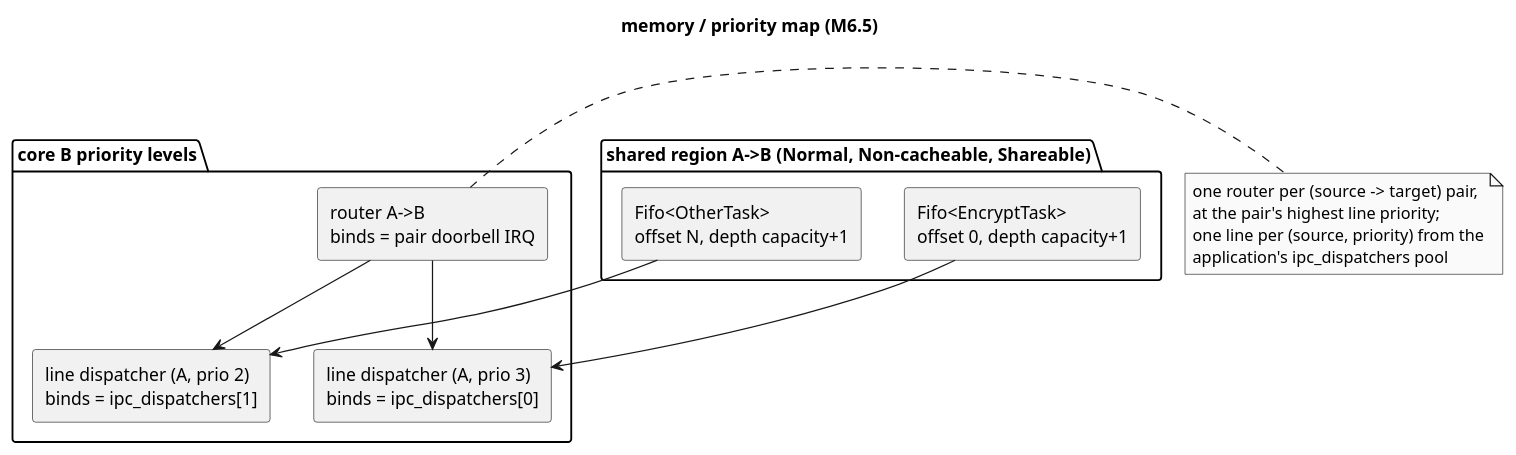
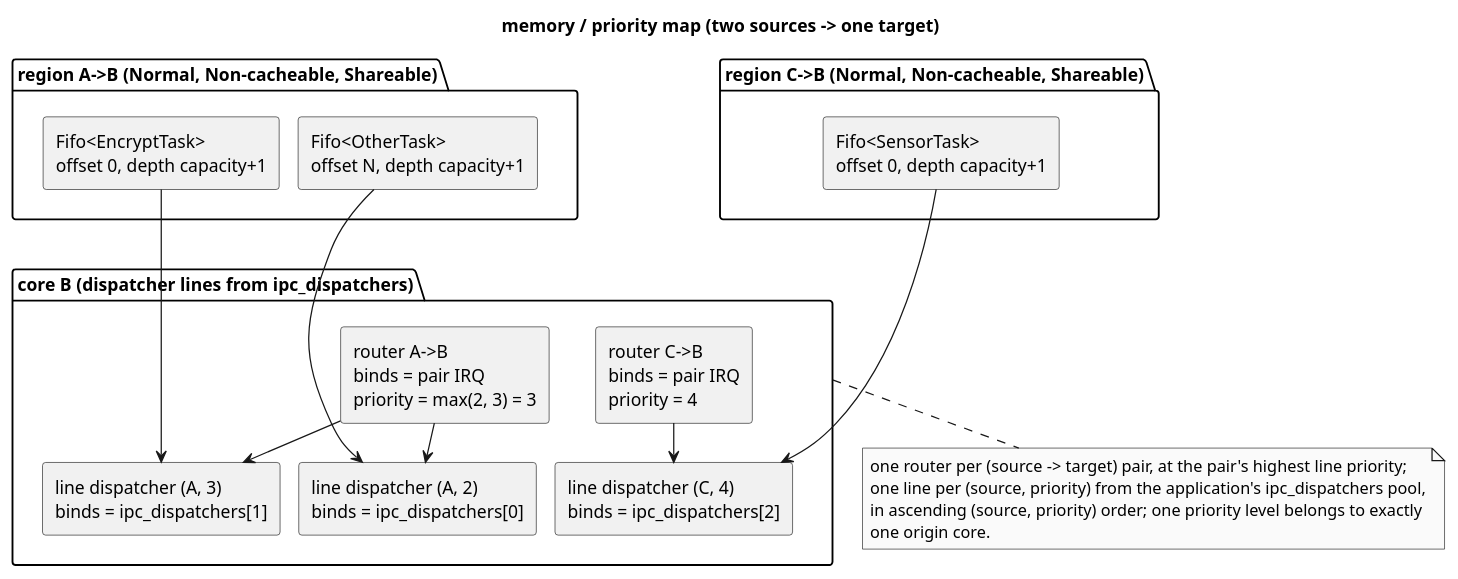
Before and after one commit to rticx-rs/rticx: the diagram in experiments/multibinary/docs/diagrams/04-memory-priority-map.puml, drawn with PlantUML. The commit also changed 42 other files, not shown here.

```diff
--- a/experiments/multibinary/docs/diagrams/04-memory-priority-map.puml
+++ b/experiments/multibinary/docs/diagrams/04-memory-priority-map.puml
@@ -1,35 +1,49 @@
 @startuml 04-memory-priority-map
-' Diagram 4 — Memory/priority map: per-task FIFOs in the A->B region, the
-' ipc_dispatchers pool and the per-pair routers (M6.5).
+' Diagram 4 — Memory/priority map: per-task FIFOs in the (source -> target)
+' regions, the ipc_dispatchers pool and the per-pair routers, with two
+' producers onto one target (M6.5 + M6-T1).
 ' Source of truth: docs/architecture.md §6–§7, plan §7.2 §9.
 
-title memory / priority map (M6.5)
+title memory / priority map (two sources -> one target)
 
 skinparam shadowing false
 skinparam monochrome true
 skinparam defaultFontName monospace
+skinparam nodesep 15
+skinparam ranksep 20
 
-package "shared region A->B (Normal, Non-cacheable, Shareable)" {
+package "region A->B (Normal, Non-cacheable, Shareable)" as REGA {
   rectangle "Fifo<EncryptTask>\noffset 0, depth capacity+1" as F1
   rectangle "Fifo<OtherTask>\noffset N, depth capacity+1" as F2
 }
 
-package "core B priority levels" {
-  rectangle "router A->B\nbinds = pair doorbell IRQ" as R
-  rectangle "line dispatcher (A, prio 3)\nbinds = ipc_dispatchers[0]" as D1
-  rectangle "line dispatcher (A, prio 2)\nbinds = ipc_dispatchers[1]" as D2
+package "region C->B (Normal, Non-cacheable, Shareable)" as REGC {
+  rectangle "Fifo<SensorTask>\noffset 0, depth capacity+1" as F3
 }
 
-F1 --> D1
-F2 --> D2
-R --> D1
-R --> D2
+package "core B (dispatcher lines from ipc_dispatchers)" as CORE {
+  rectangle "router A->B\nbinds = pair IRQ\npriority = max(2, 3) = 3" as RA
+  rectangle "router C->B\nbinds = pair IRQ\npriority = 4" as RC
+  rectangle "line dispatcher (A, 3)\nbinds = ipc_dispatchers[1]" as DA3
+  rectangle "line dispatcher (A, 2)\nbinds = ipc_dispatchers[0]" as DA2
+  rectangle "line dispatcher (C, 4)\nbinds = ipc_dispatchers[2]" as DC4
+}
 
-note right of R
-  one router per (source -> target) pair,
-  at the pair's highest line priority;
-  one line per (source, priority) from the
-  application's ipc_dispatchers pool
+REGA -[hidden]down-> CORE
+REGC -[hidden]down-> CORE
+
+F1 --> DA3
+F2 --> DA2
+F3 --> DC4
+RA --> DA2
+RA --> DA3
+RC --> DC4
+
+note bottom of CORE
+  one router per (source -> target) pair, at the pair's highest line priority;
+  one line per (source, priority) from the application's ipc_dispatchers pool,
+  in ascending (source, priority) order; one priority level belongs to exactly
+  one origin core.
 end note
 
 @enduml
```
